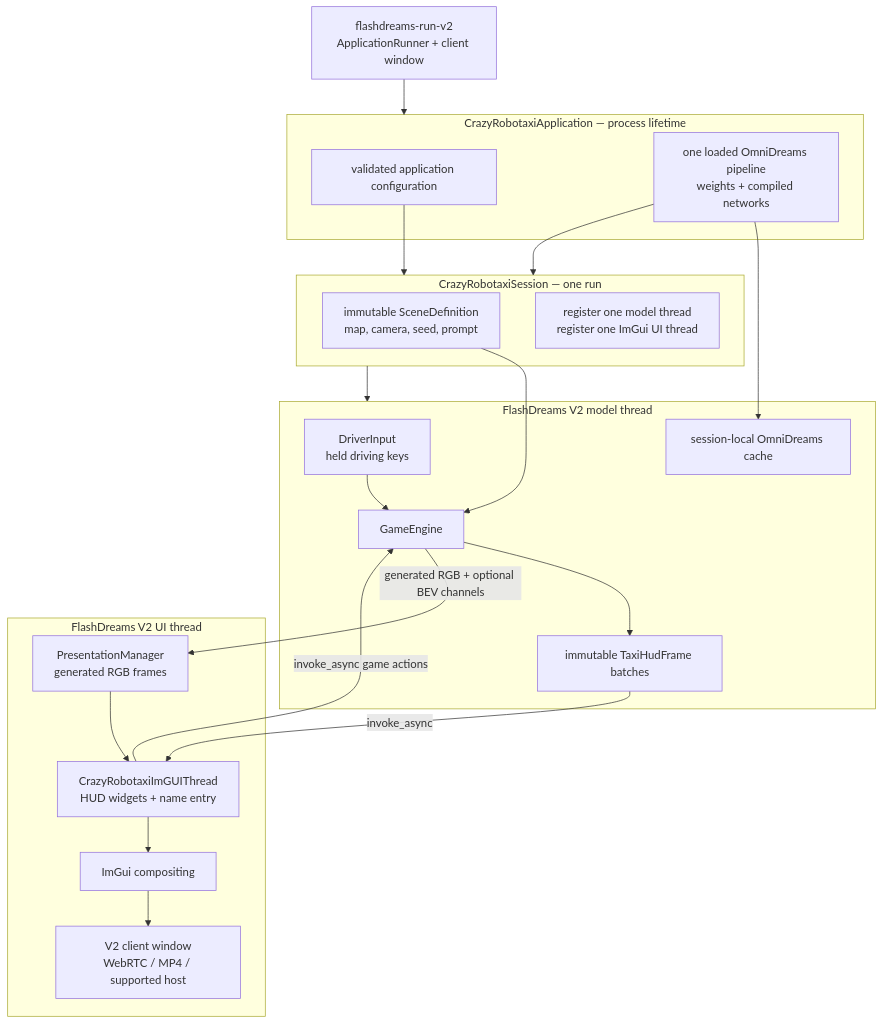
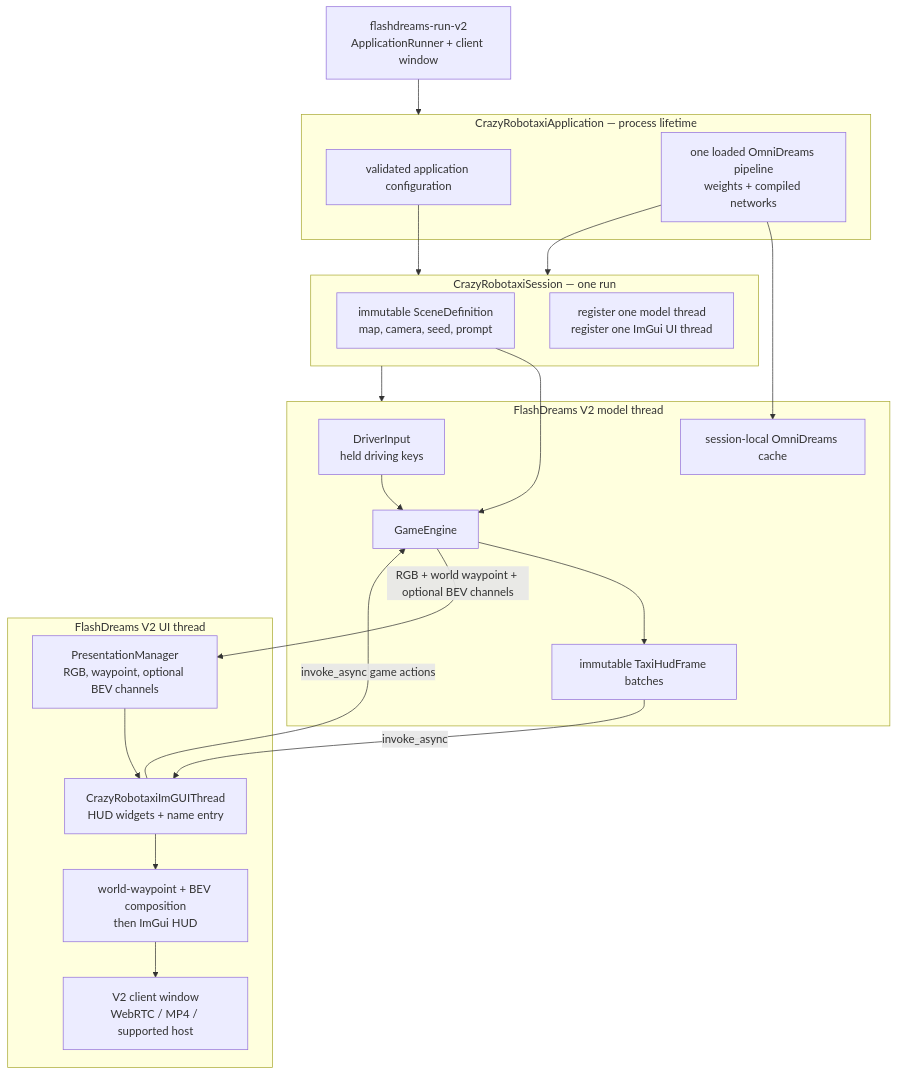
One commit to NVIDIA/flashdreams changed the first of 5 diagrams in docs/design/crazy_robotaxi_v2_architecture.md. Above: the diagram before and after it, drawn with Mermaid. The commit also changed other lines of this file and 5 other files, not shown here.

````diff
--- a/docs/design/crazy_robotaxi_v2_architecture.md
+++ b/docs/design/crazy_robotaxi_v2_architecture.md
@@ -30,41 +30,41 @@
 ```mermaid
 flowchart TD
     HOST["flashdreams-run-v2<br/>ApplicationRunner + client window"]
 
     subgraph APP["CrazyRobotaxiApplication — process lifetime"]
         ARGS["validated application configuration"]
         PIPELINE["one loaded OmniDreams pipeline<br/>weights + compiled networks"]
     end
 
     subgraph SESSION["CrazyRobotaxiSession — one run"]
         SCENE["immutable SceneDefinition<br/>map, camera, seed, prompt"]
         REG["register one model thread<br/>register one ImGui UI thread"]
     end
 
     subgraph MODELTHREAD["FlashDreams V2 model thread"]
         INPUT["DriverInput<br/>held driving keys"]
         ENGINE["GameEngine"]
         CACHE["session-local OmniDreams cache"]
         HUDSTATE["immutable TaxiHudFrame batches"]
     end
 
     subgraph UITHREAD["FlashDreams V2 UI thread"]
-        BUFFER["PresentationManager<br/>generated RGB frames"]
+        BUFFER["PresentationManager<br/>RGB, waypoint, optional BEV channels"]
         HUD["CrazyRobotaxiImGUIThread<br/>HUD widgets + name entry"]
-        COMPOSE["ImGui compositing"]
+        COMPOSE["world-waypoint + BEV composition<br/>then ImGui HUD"]
         WINDOW["V2 client window<br/>WebRTC / MP4 / supported host"]
     end
 
     HOST --> APP
     ARGS --> SESSION
     PIPELINE --> SESSION
     SESSION --> MODELTHREAD
     SCENE --> ENGINE
     PIPELINE --> CACHE
     INPUT --> ENGINE
     ENGINE --> HUDSTATE
-    ENGINE -->|"generated RGB + optional BEV channels"| BUFFER
+    ENGINE -->|"RGB + world waypoint + optional BEV channels"| BUFFER
     HUDSTATE -->|"invoke_async"| HUD
     HUD -->|"invoke_async game actions"| ENGINE
     BUFFER --> HUD --> COMPOSE --> WINDOW
 ```
````
